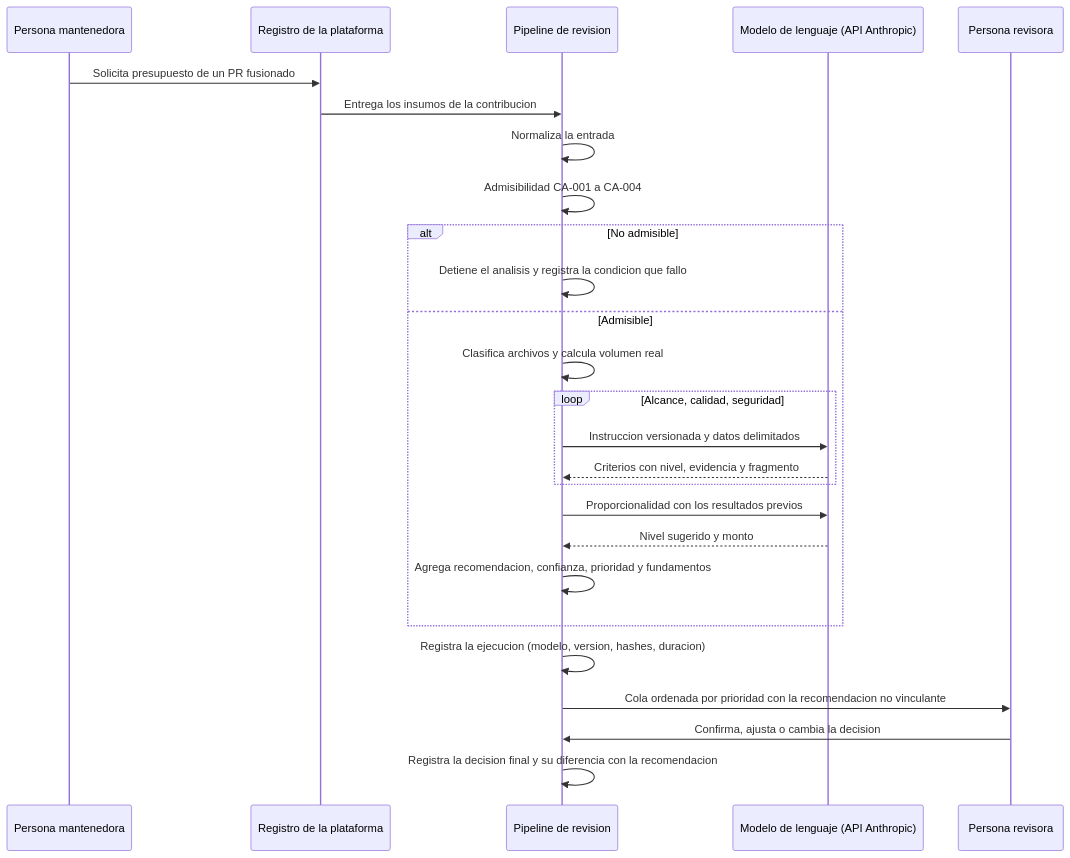
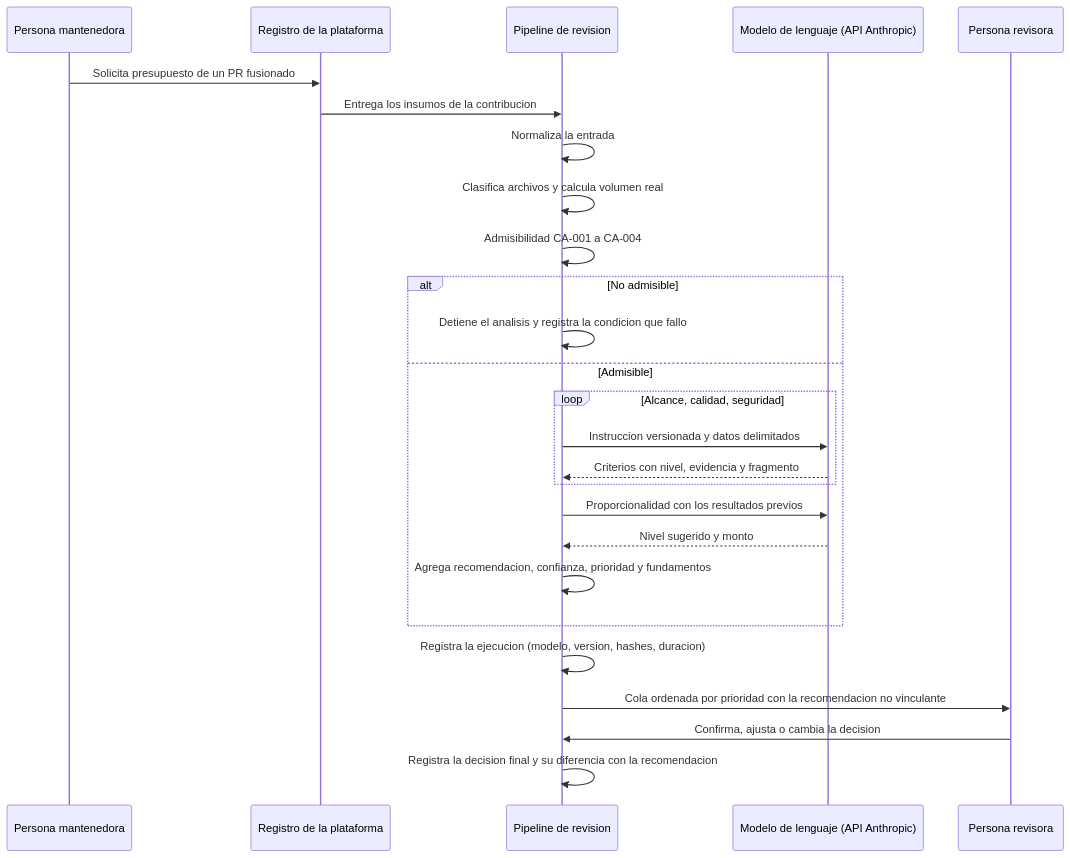
Before and after one commit to pmora3003/grantfox-revision-asistida: the third of 3 diagrams in docs/PROTOTIPO.md, drawn with Mermaid. The commit also changed other lines of this file and 6 other files, not shown here.

````diff
--- a/docs/PROTOTIPO.md
+++ b/docs/PROTOTIPO.md
@@ -136,28 +136,28 @@
 ```mermaid
 sequenceDiagram
   participant PM as Persona mantenedora
   participant RP as Registro de la plataforma
   participant PI as Pipeline de revision
   participant LLM as Modelo de lenguaje (API Anthropic)
   participant PR as Persona revisora
   PM->>RP: Solicita presupuesto de un PR fusionado
   RP->>PI: Entrega los insumos de la contribucion
   PI->>PI: Normaliza la entrada
+  PI->>PI: Clasifica archivos y calcula volumen real
   PI->>PI: Admisibilidad CA-001 a CA-004
   alt No admisible
     PI->>PI: Detiene el analisis y registra la condicion que fallo
   else Admisible
-    PI->>PI: Clasifica archivos y calcula volumen real
     loop Alcance, calidad, seguridad
       PI->>LLM: Instruccion versionada y datos delimitados
       LLM-->>PI: Criterios con nivel, evidencia y fragmento
     end
     PI->>LLM: Proporcionalidad con los resultados previos
     LLM-->>PI: Nivel sugerido y monto
     PI->>PI: Agrega recomendacion, confianza, prioridad y fundamentos
   end
   PI->>PI: Registra la ejecucion (modelo, version, hashes, duracion)
   PI->>PR: Cola ordenada por prioridad con la recomendacion no vinculante
   PR->>PI: Confirma, ajusta o cambia la decision
   PI->>PI: Registra la decision final y su diferencia con la recomendacion
 ```
````
